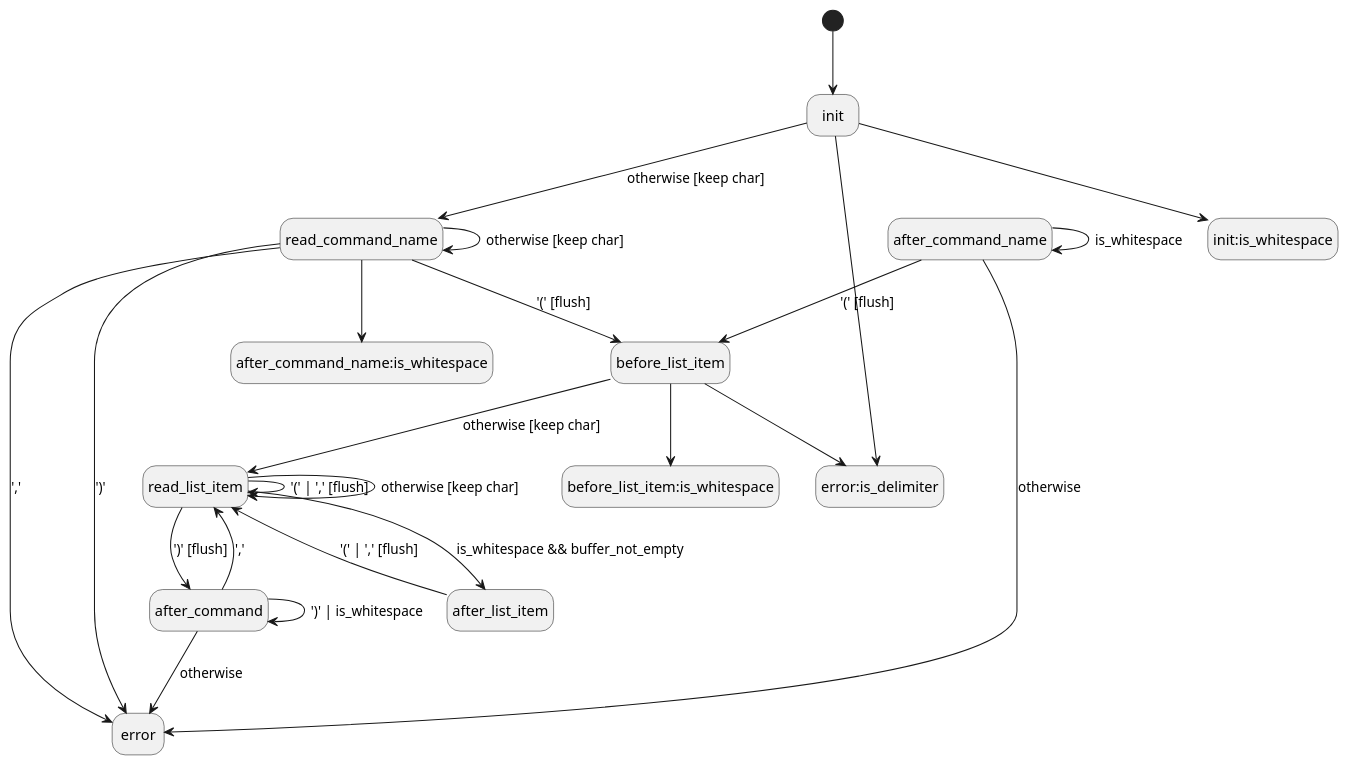
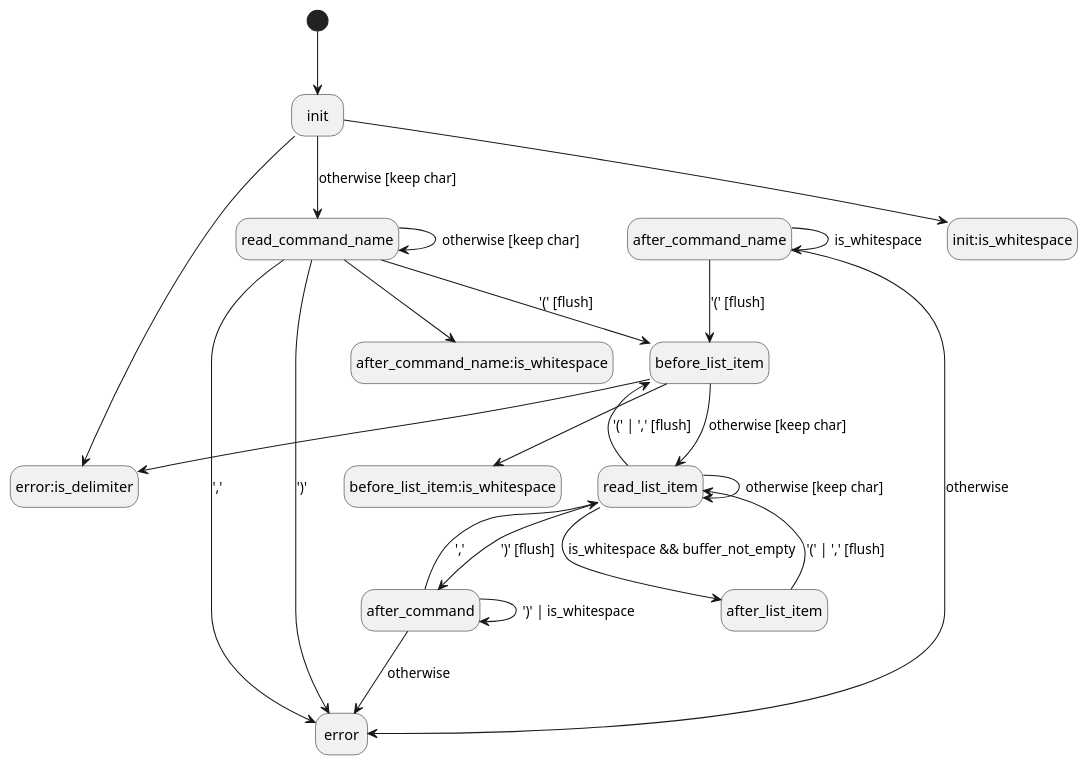
One commit to milasudril/terraformer changed the diagram in lib/expression_evaluator/state_diagram.puml. Above: the diagram before and after it, drawn with PlantUML.

Commit message:
Update state diagram

```diff
--- a/lib/expression_evaluator/state_diagram.puml
+++ b/lib/expression_evaluator/state_diagram.puml
@@ -1,33 +1,33 @@
 @startuml
 hide empty description
 [*] --> init
 init --> error:is_delimiter
 init --> init:is_whitespace
 init --> read_command_name:otherwise [keep char]
 
 read_command_name --> before_list_item:'(' [flush]
 read_command_name --> after_command_name:is_whitespace
 read_command_name --> error:','
 read_command_name --> error:')'
 read_command_name --> read_command_name:otherwise [keep char]
 
 before_list_item --> error:is_delimiter
 before_list_item --> before_list_item:is_whitespace
 before_list_item --> read_list_item:otherwise [keep char]
 
-read_list_item --> read_list_item:'(' | ',' [flush]
+read_list_item --> before_list_item:'(' | ',' [flush]
 read_list_item --> after_command:')' [flush]
 read_list_item --> after_list_item:is_whitespace && buffer_not_empty
 read_list_item --> read_list_item:otherwise [keep char]
 
 after_list_item --> read_list_item:'(' | ',' [flush]
 
 after_command --> read_list_item:','
 after_command --> after_command: ')' | is_whitespace
 after_command --> error: otherwise
 
 after_command_name --> before_list_item:'(' [flush]
 after_command_name --> after_command_name : is_whitespace
 after_command_name --> error: otherwise
 
 @enduml
```
